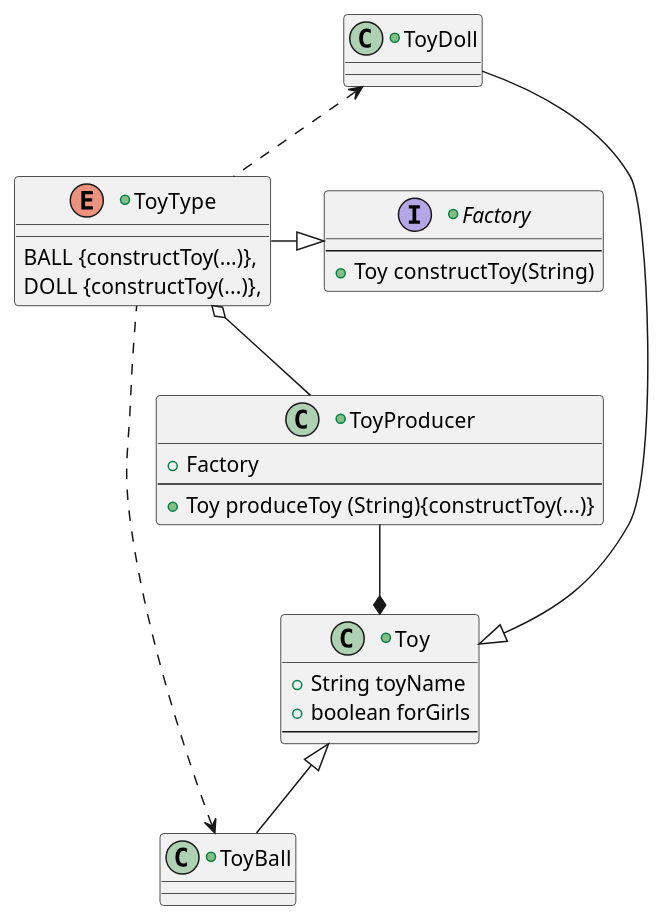
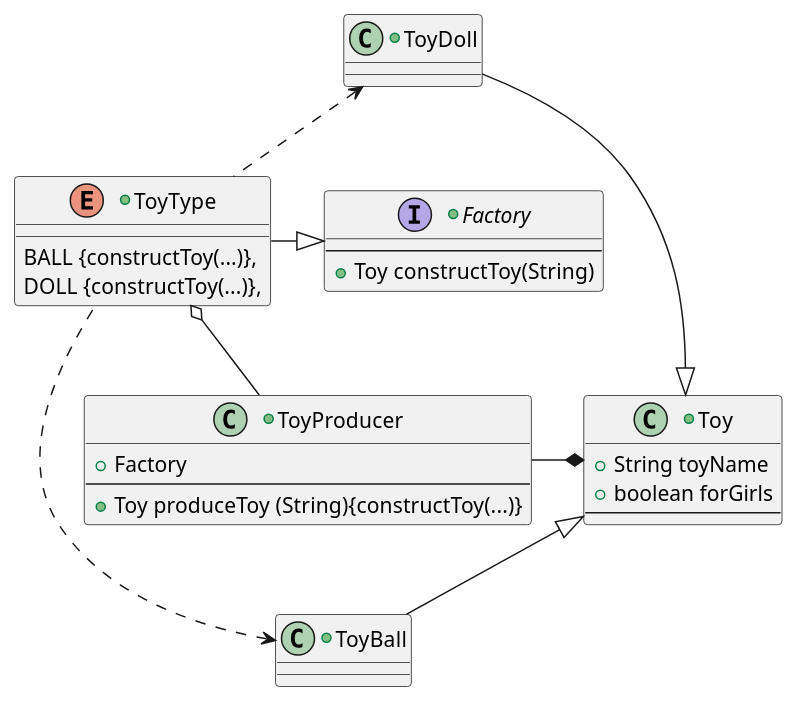
Before and after one commit to vitalispopoff/designPatterns: the diagram in src/factories/simpleFactory/implementation_02/uml/Factory_02.puml, drawn with PlantUML. The commit also changed 3 other files, not shown here.

```diff
--- a/src/factories/simpleFactory/implementation_02/uml/Factory_02.puml
+++ b/src/factories/simpleFactory/implementation_02/uml/Factory_02.puml
@@ -1,38 +1,38 @@
 @startuml
 
 +class ToyProducer{
         +{field} Factory
     --
         +{method} Toy produceToy (String){constructToy(...)}
 }
 
 +class Toy{
         +{field} String toyName
         +{field} boolean forGirls
     --
 }
 
 +class ToyBall extends Toy{
 }
 
 +class ToyDoll extends Toy{
 }
 
 +interface Factory{
     --
         +{method} Toy constructToy(String)
 }
 
 +enum ToyType{
 BALL {constructToy(...)},
 DOLL {constructToy(...)},
 }
 
-ToyProducer -down-* Toy
+ToyProducer -right-* Toy
 
 ToyProducer -up-o ToyType
 ToyType -right-|> Factory
 ToyType .up.> ToyBall
 ToyType .up.> ToyDoll
 
 @enduml
```
